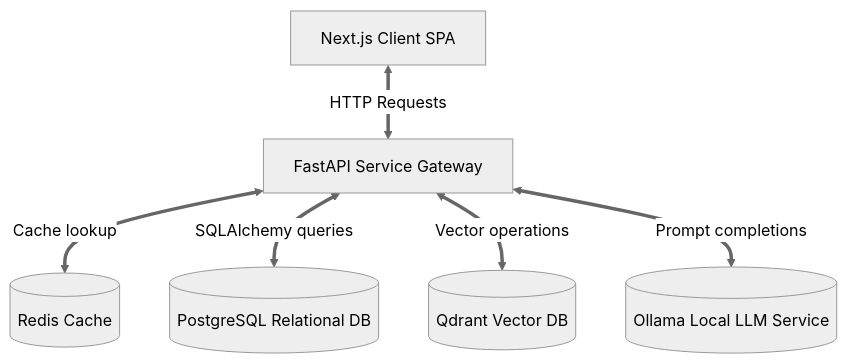
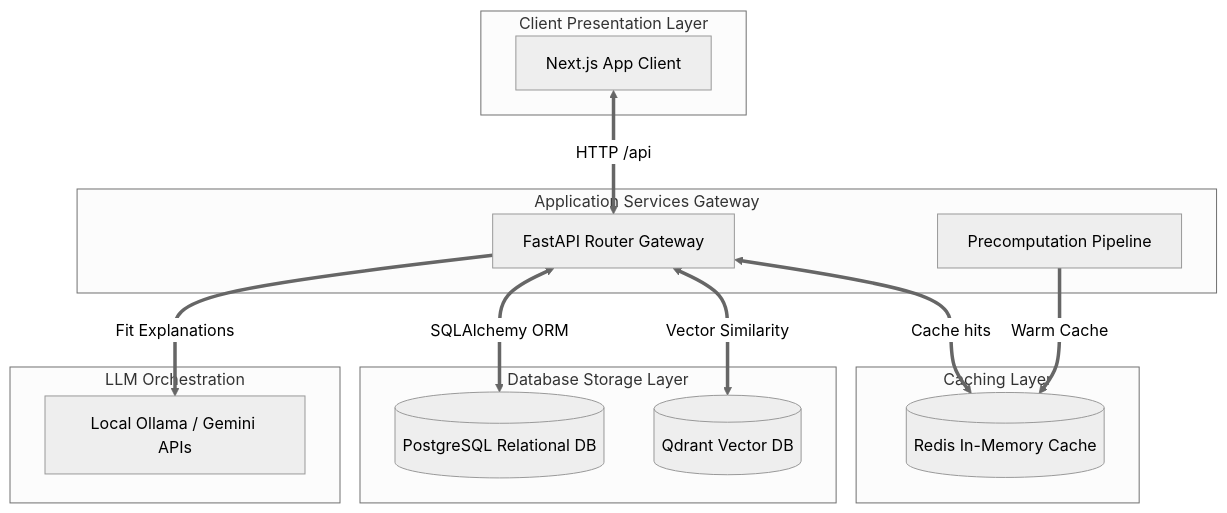
One commit to suryapratap04-jman/npc changed the diagram in README.md. Above: the diagram before and after it, drawn with Mermaid (neutral theme). The commit also changed other lines of this file and 57 other files, not shown here.

````diff
--- a/README.md
+++ b/README.md
@@ -35,8 +38,31 @@
 ```mermaid
 graph TD
-    frontend[Next.js Client SPA] <==>|HTTP Requests| backend[FastAPI Service Gateway]
-    backend <==>|Cache lookup| redis[(Redis Cache)]
-    backend <==>|SQLAlchemy queries| db[(PostgreSQL Relational DB)]
-    backend <==>|Vector operations| qdrant[(Qdrant Vector DB)]
-    backend <==>|Prompt completions| ollama[(Ollama Local LLM Service)]
+    subgraph Client [Client Presentation Layer]
+        next[Next.js App Client]
+    end
+
+    subgraph Service [Application Services Gateway]
+        api[FastAPI Router Gateway]
+        pre[Precomputation Pipeline]
+    end
+
+    subgraph Cache [Caching Layer]
+        redis[(Redis In-Memory Cache)]
+    end
+
+    subgraph Database [Database Storage Layer]
+        postgres[(PostgreSQL Relational DB)]
+        qdrant[(Qdrant Vector DB)]
+    end
+
+    subgraph AI [LLM Orchestration]
+        ollama[Local Ollama / Gemini APIs]
+    end
+
+    next <==>|HTTP /api| api
+    api <==>|Cache hits| redis
+    api <==>|SQLAlchemy ORM| postgres
+    api <==>|Vector Similarity| qdrant
+    api ==>|Fit Explanations| ollama
+    pre ==>|Warm Cache| redis
 ```
````
